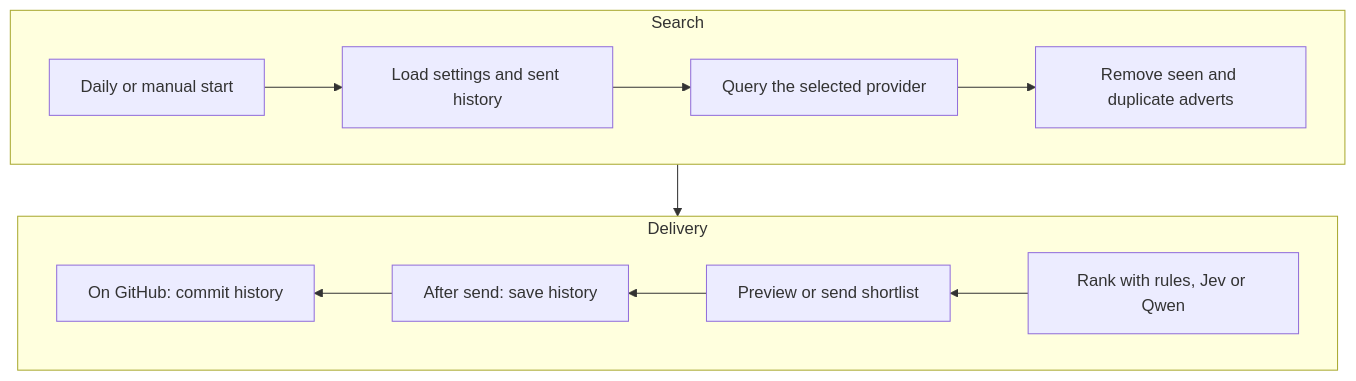
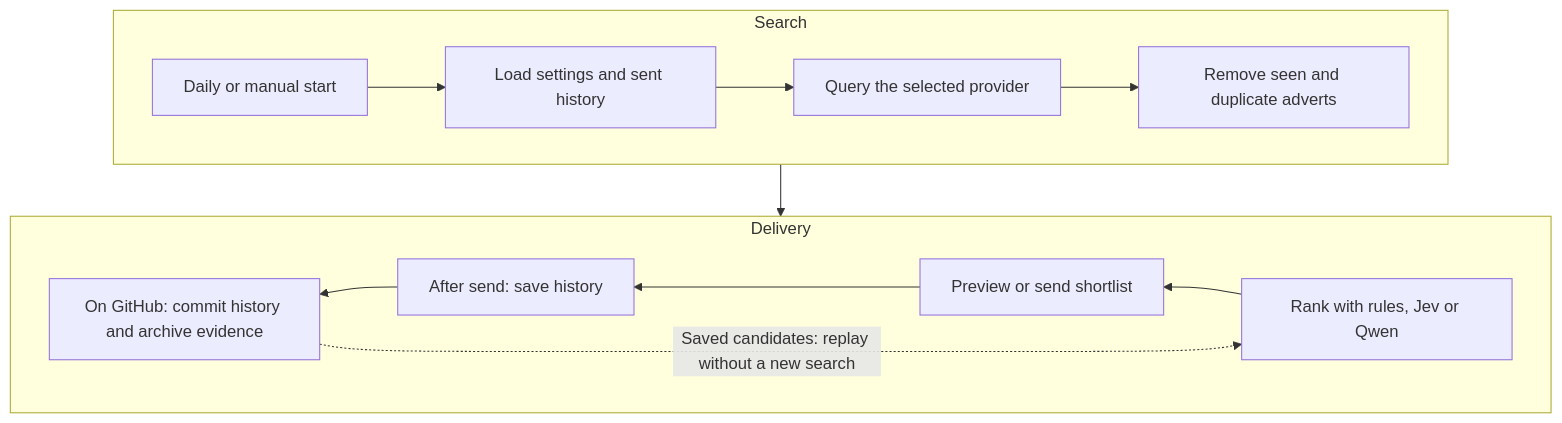
The diagram in README.md (NnamdiOdozi/Adzuna_jobs_bot), drawn with Mermaid before and after one commit. The commit also changed other lines of this file and 13 other files, not shown here.

````diff
--- a/README.md
+++ b/README.md
@@ -20,16 +20,17 @@
 ```mermaid
 flowchart TB
   subgraph first[Search]
     direction LR
     A[Daily or manual start] --> B[Load settings and sent history]
     B --> C[Query the selected provider]
     C --> D[Remove seen and duplicate adverts]
   end
   subgraph second[Delivery]
     direction RL
     E[Rank with rules, Jev or Qwen] --> F[Preview or send shortlist]
     F --> G[After send: save history]
-    G --> H[On GitHub: commit history]
+    G --> H[On GitHub: commit history and archive evidence]
   end
   D --> E
+  H -. Saved candidates: replay without a new search .-> E
 ```
````
